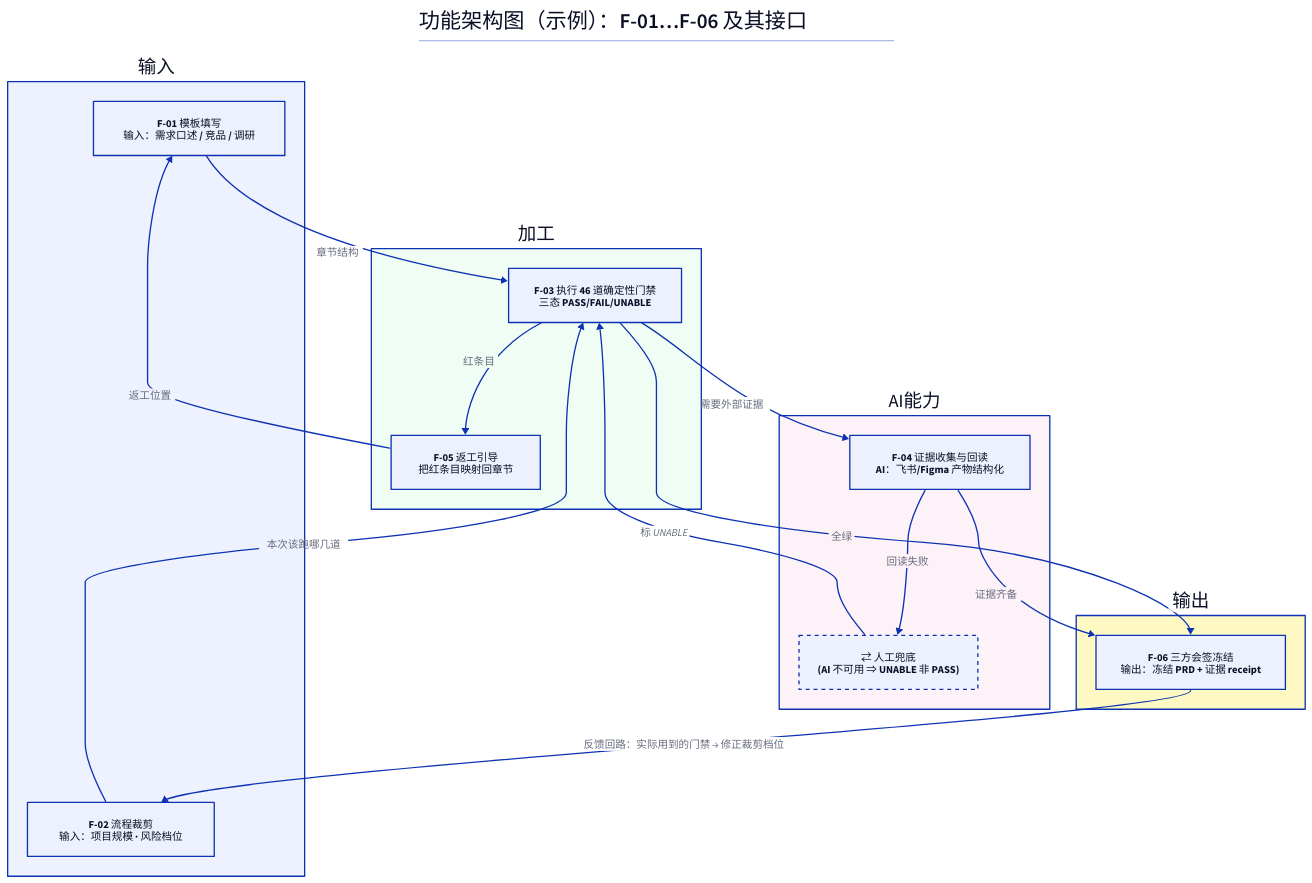
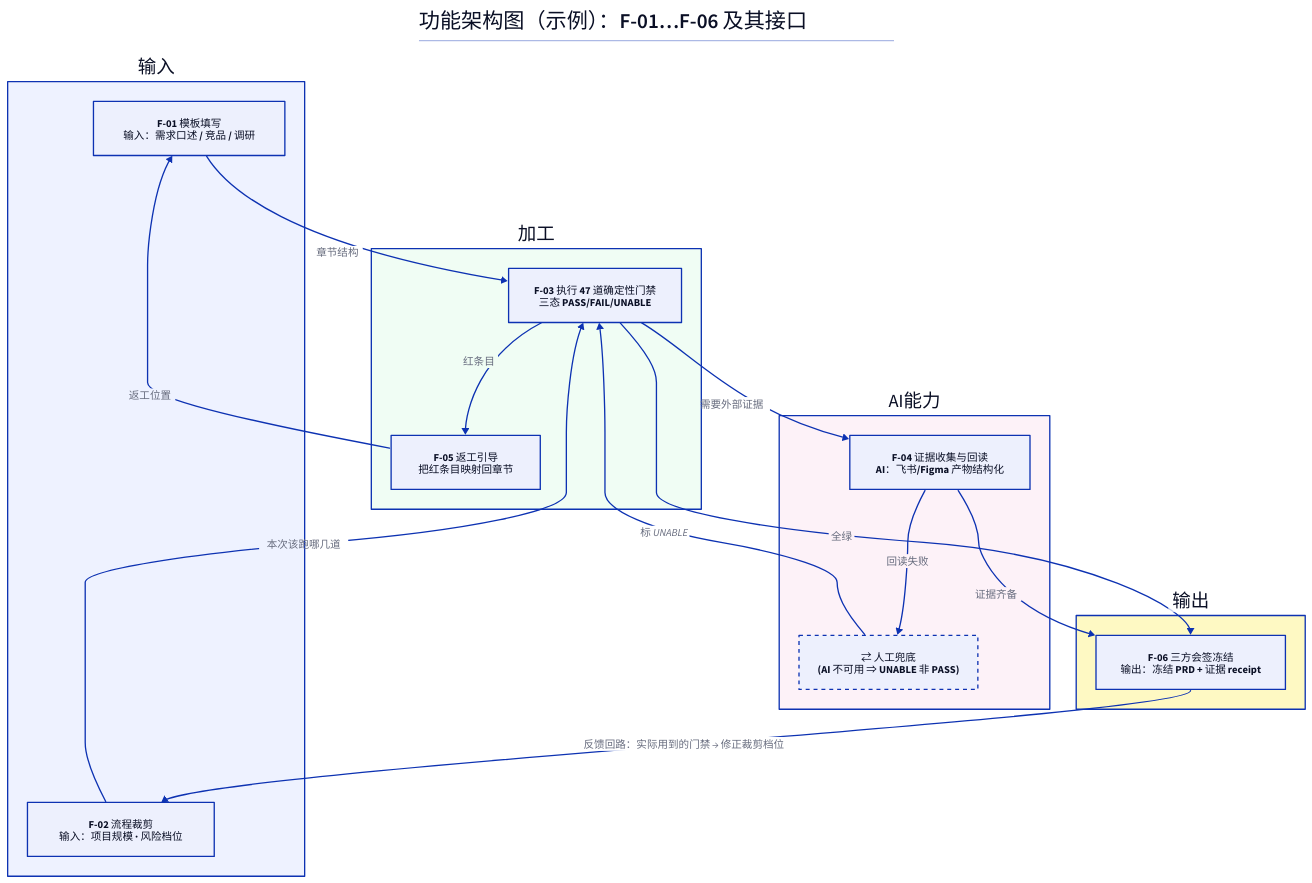
One commit to songyang753-cloud/sybuilder changed the diagram in skills/product-flow/templates/diagrams/functional-architecture.example.d2. Above: the diagram before and after it, drawn with D2. The commit also changed 51 other files, not shown here.

```diff
--- a/skills/product-flow/templates/diagrams/functional-architecture.example.d2
+++ b/skills/product-flow/templates/diagrams/functional-architecture.example.d2
@@ -1,47 +1,47 @@
 # 功能架构图（示例）— 对象：product-flow，对应 PRD 6.2 功能清单
 # 判据见 references/diagram-standards.md 第 2 节（SEBoK 功能架构六项）。
 # ⛔ 节点 ID 只能是 F-xx 一族 —— 混进 FR-001（附件 A 的细一层）即颗粒度越级，门禁会红。
 # ⚠️ 它不是「功能结构图/功能清单」：清单是树，功能架构图必须画**功能之间的接口与数据流**。
 
 direction: down
 title: |md # 功能架构图（示例）：F-01…F-06 及其接口 | {near: top-center}
 
 输入: {
   style.fill: "#EEF2FF"
   F-01: "F-01 模板填写\n输入：需求口述 / 竞品 / 调研"
   F-02: "F-02 流程裁剪\n输入：项目规模 · 风险档位"
 }
 
 加工: {
   style.fill: "#F0FDF4"
-  F-03: "F-03 执行 46 道确定性门禁\n三态 PASS/FAIL/UNABLE"
+  F-03: "F-03 执行 47 道确定性门禁\n三态 PASS/FAIL/UNABLE"
   F-05: "F-05 返工引导\n把红条目映射回章节"
 }
 
 # ⭐ AI 追加档（团队约定，标准无规定）：AI 参与的功能要显式画出
 #   「推理」与「兜底」两条路径，⛔ 不许只画推理那条。
 AI能力: {
   style.fill: "#FDF2F8"
   F-04: "F-04 证据收集与回读\nAI：飞书/Figma 产物结构化"
   兜底: "⇄ 人工兜底\n(AI 不可用 ⇒ UNABLE 非 PASS)" {style.stroke-dash: 3}
 }
 
 输出: {
   style.fill: "#FEF9C3"
   F-06: "F-06 三方会签冻结\n输出：冻结 PRD + 证据 receipt"
 }
 
 输入.F-01 -> 加工.F-03: 章节结构
 输入.F-02 -> 加工.F-03: 本次该跑哪几道
 加工.F-03 -> 加工.F-05: 红条目
 加工.F-05 -> 输入.F-01: 返工位置
 加工.F-03 -> AI能力.F-04: 需要外部证据
 AI能力.F-04 -> AI能力.兜底: 回读失败
 AI能力.兜底 -> 加工.F-03: 标 UNABLE
 AI能力.F-04 -> 输出.F-06: 证据齐备
 加工.F-03 -> 输出.F-06: 全绿
 # ⭐ 反馈回路（SEBoK 六项里最常漏的一项）：冻结结论要回流去修裁剪规则
 输出.F-06 -> 输入.F-02: "反馈回路：实际用到的门禁 → 修正裁剪档位"
 
 # ⚠️ 这张图答不了：这些功能部署在哪几个进程/服务里（那是附件 N 技术架构图 C4 的事）、
 #    用户按什么顺序碰到它们（那是四章用户流程图的事）。
```
